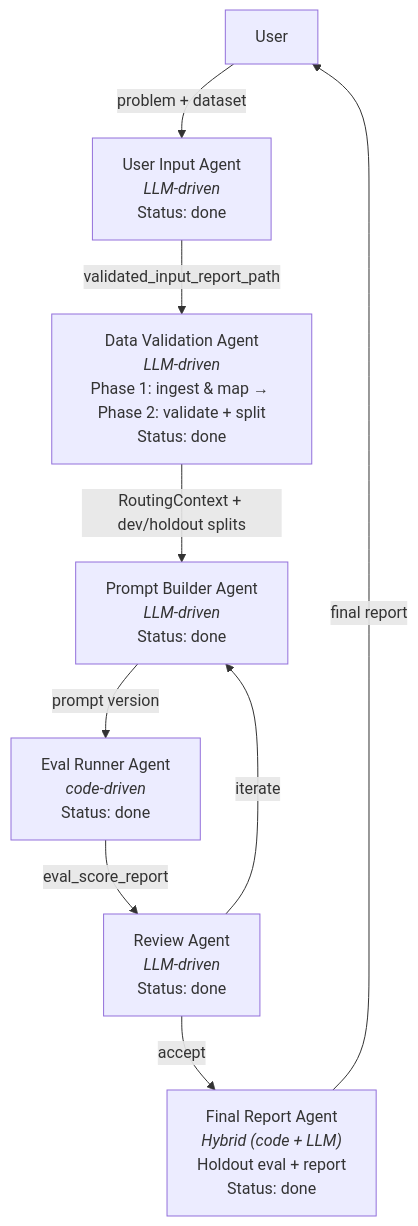
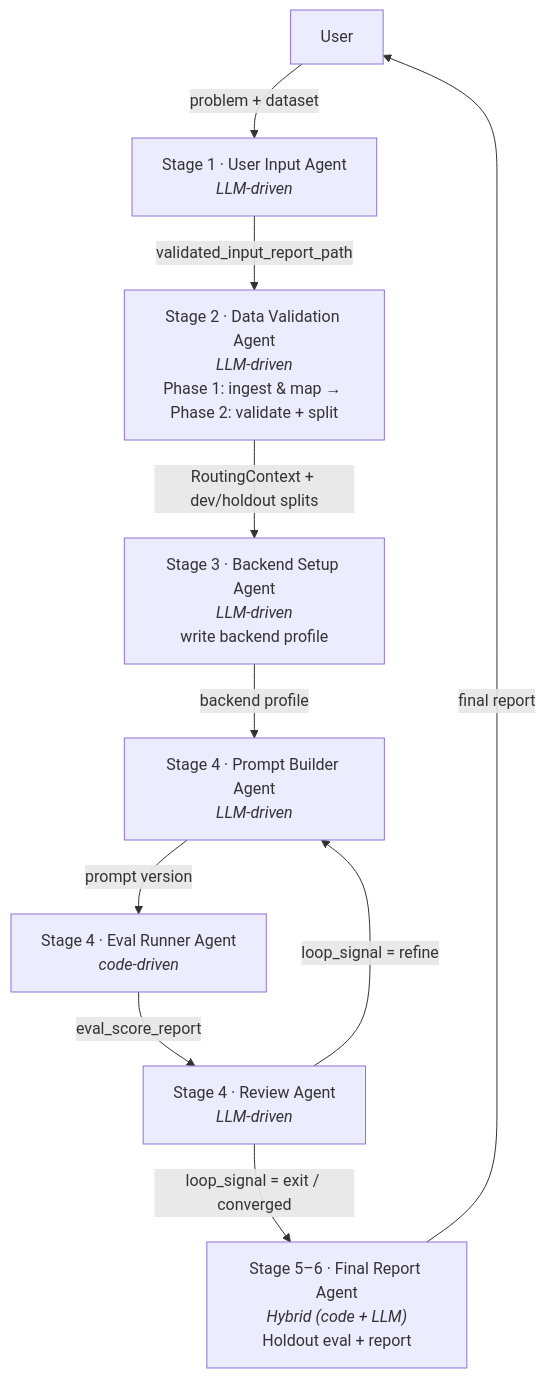
The diagram in docs/architecture.md (ProsusAI/Compass), drawn with Mermaid before and after one commit. The commit also changed other lines of this file and 5 other files, not shown here.

````diff
--- a/docs/architecture.md
+++ b/docs/architecture.md
@@ -7,11 +7,12 @@
 ```mermaid
 graph TD
-    U["User"] -->|problem + dataset| A1["User Input Agent<br/><em>LLM-driven</em><br/>Status: done"]
-    A1 -->|validated_input_report_path| A2["Data Validation Agent<br/><em>LLM-driven</em><br/>Phase 1: ingest &amp; map → Phase 2: validate + split<br/>Status: done"]
-    A2 -->|RoutingContext + dev/holdout splits| A3["Prompt Builder Agent<br/><em>LLM-driven</em><br/>Status: done"]
-    A3 -->|prompt version| A4["Eval Runner Agent<br/><em>code-driven</em><br/>Status: done"]
-    A4 -->|eval_score_report| A5["Review Agent<br/><em>LLM-driven</em><br/>Status: done"]
-    A5 -->|iterate| A3
-    A5 -->|accept| A6["Final Report Agent<br/><em>Hybrid (code + LLM)</em><br/>Holdout eval + report<br/>Status: done"]
+    U["User"] -->|problem + dataset| A1["Stage 1 · User Input Agent<br/><em>LLM-driven</em>"]
+    A1 -->|validated_input_report_path| A2["Stage 2 · Data Validation Agent<br/><em>LLM-driven</em><br/>Phase 1: ingest &amp; map → Phase 2: validate + split"]
+    A2 -->|RoutingContext + dev/holdout splits| A2b["Stage 3 · Backend Setup Agent<br/><em>LLM-driven</em><br/>write backend profile"]
+    A2b -->|backend profile| A3["Stage 4 · Prompt Builder Agent<br/><em>LLM-driven</em>"]
+    A3 -->|prompt version| A4["Stage 4 · Eval Runner Agent<br/><em>code-driven</em>"]
+    A4 -->|eval_score_report| A5["Stage 4 · Review Agent<br/><em>LLM-driven</em>"]
+    A5 -->|loop_signal = refine| A3
+    A5 -->|loop_signal = exit / converged| A6["Stage 5–6 · Final Report Agent<br/><em>Hybrid (code + LLM)</em><br/>Holdout eval + report"]
     A6 -->|final report| U
 ```
````
